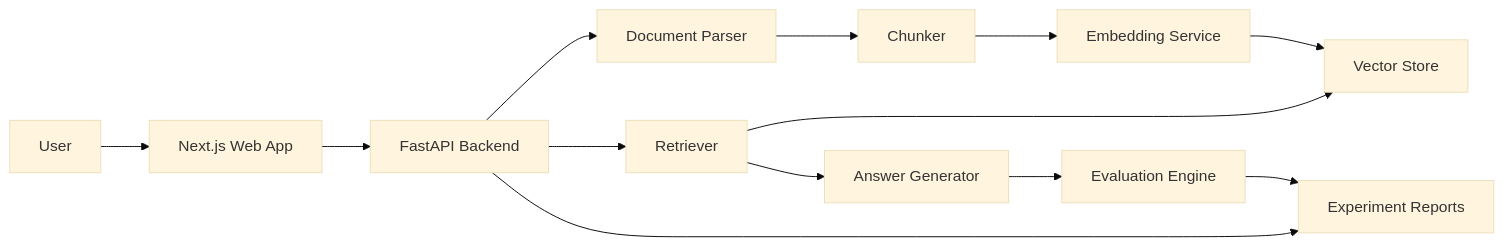
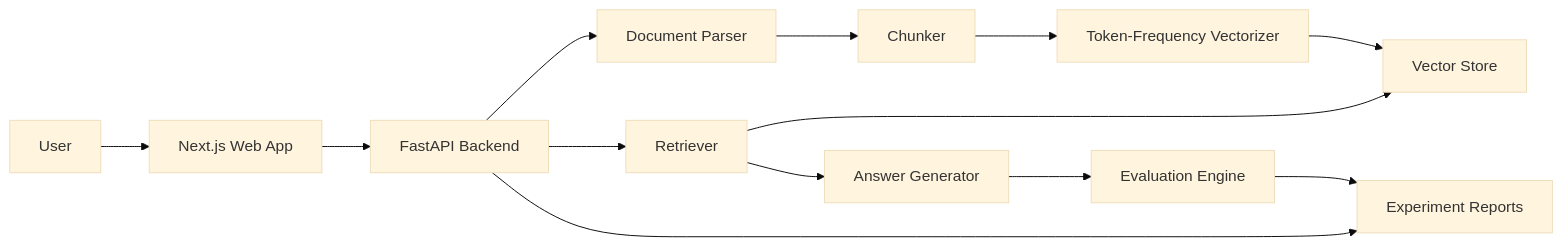
The diagram in docs/design/enterprise-ai-eval-lab.md (GoparapukethaN/applied-ai-eval-lab), drawn with Mermaid (base theme) before and after one commit. The commit also changed other lines of this file and 16 other files, not shown here.

````diff
--- a/docs/design/enterprise-ai-eval-lab.md
+++ b/docs/design/enterprise-ai-eval-lab.md
@@ -119,15 +119,15 @@
 ```mermaid
 flowchart LR
     User["User"] --> Web["Next.js Web App"]
     Web --> API["FastAPI Backend"]
     API --> Parser["Document Parser"]
     Parser --> Chunker["Chunker"]
-    Chunker --> Embedder["Embedding Service"]
-    Embedder --> VectorStore["Vector Store"]
+    Chunker --> Vectorizer["Token-Frequency Vectorizer"]
+    Vectorizer --> VectorStore["Vector Store"]
     API --> Retriever["Retriever"]
     Retriever --> VectorStore
     Retriever --> Generator["Answer Generator"]
     Generator --> Eval["Evaluation Engine"]
     Eval --> Reports["Experiment Reports"]
     API --> Reports
 ```
````
